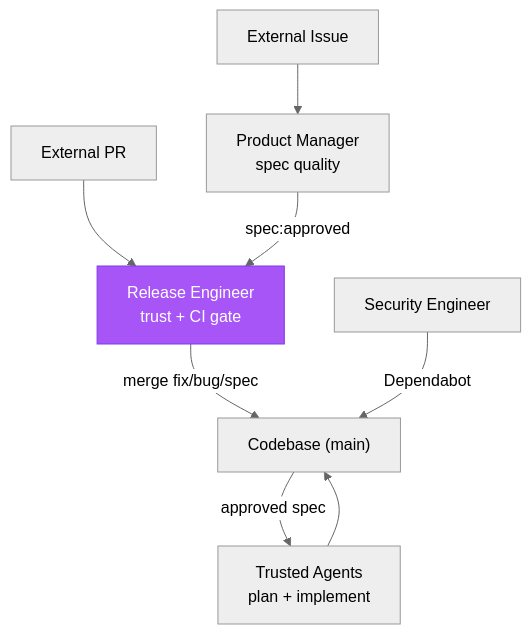
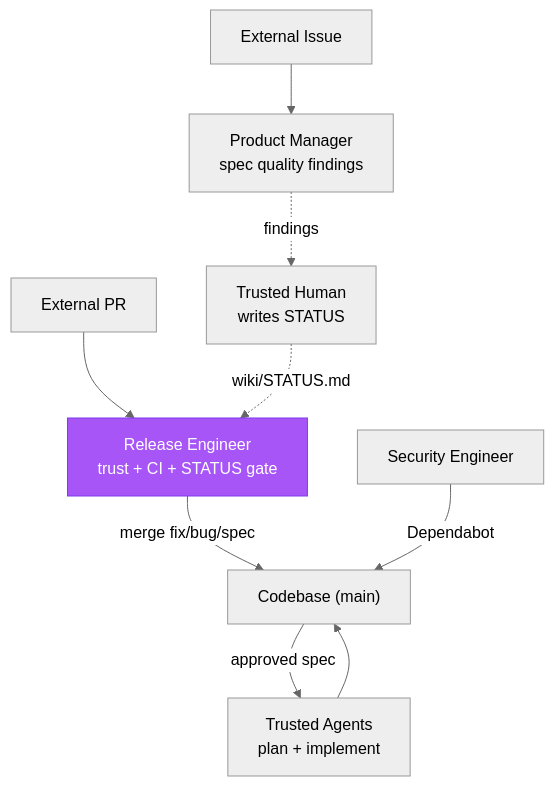
The third of 3 diagrams in KATA.md (forwardimpact/monorepo), drawn with Mermaid (neutral theme) before and after one commit. The commit also changed other lines of this file and 14 other files, not shown here.

````diff
--- a/KATA.md
+++ b/KATA.md
@@ -152,11 +154,12 @@
 ```mermaid
 graph TD
-    EXT["External PR"] --> RE["Release Engineer<br/>trust + CI gate"]
-    ISS["External Issue"] --> PM["Product Manager<br/>spec quality"]
-    PM -- "spec:approved" --> RE
+    EXT["External PR"] --> RE["Release Engineer<br/>trust + CI + STATUS gate"]
+    ISS["External Issue"] --> PM["Product Manager<br/>spec quality findings"]
+    PM -.->|"findings"| HU["Trusted Human<br/>writes STATUS"]
+    HU -.->|"wiki/STATUS.md"| RE
     RE -- "merge fix/bug/spec" --> CB["Codebase (main)"]
     style RE fill:#a855f7,stroke:#7c3aed,color:#fff
     CB -- "approved spec" --> TA["Trusted Agents<br/>plan + implement"]
     TA --> CB
     SE["Security Engineer"] -- "Dependabot" --> CB
 ```
````
